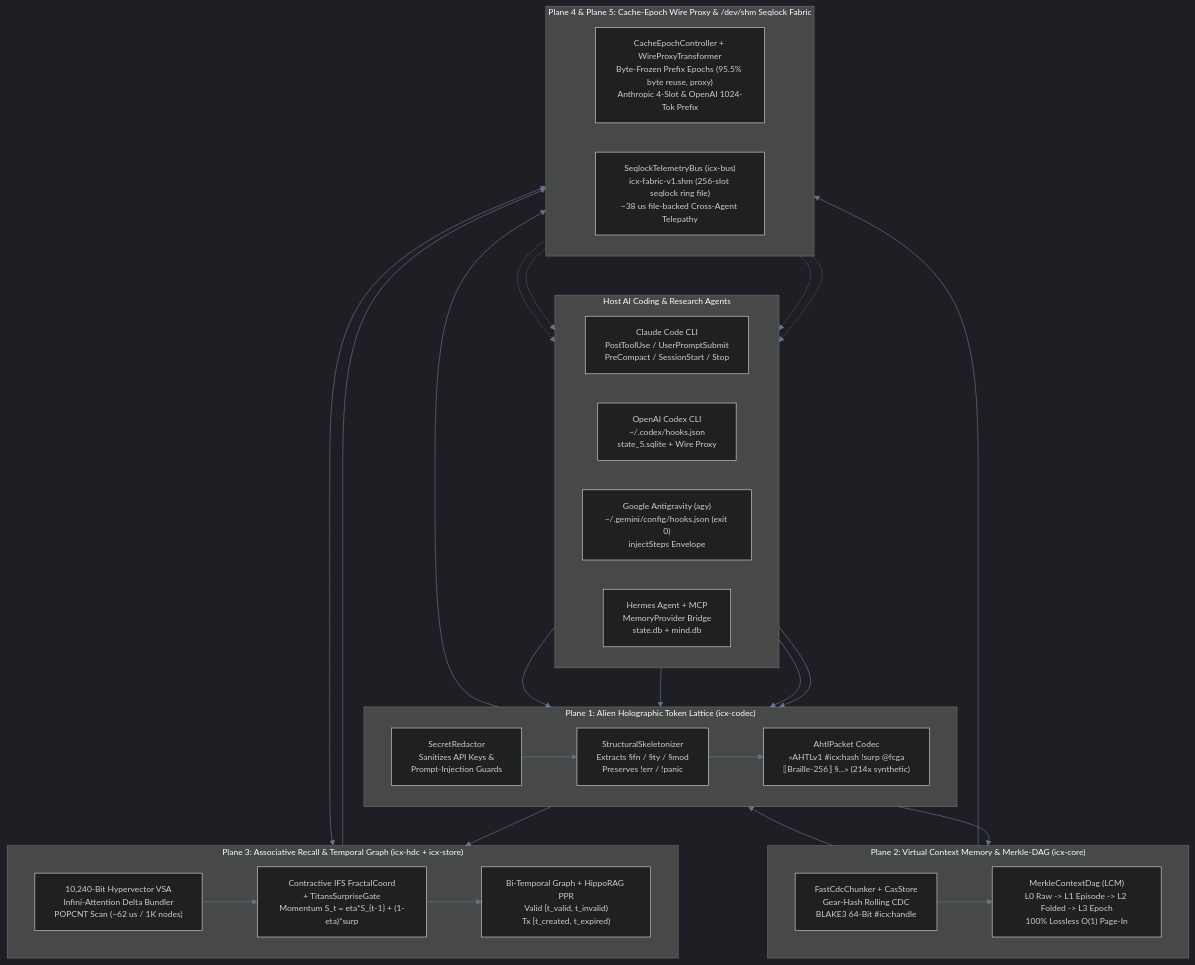
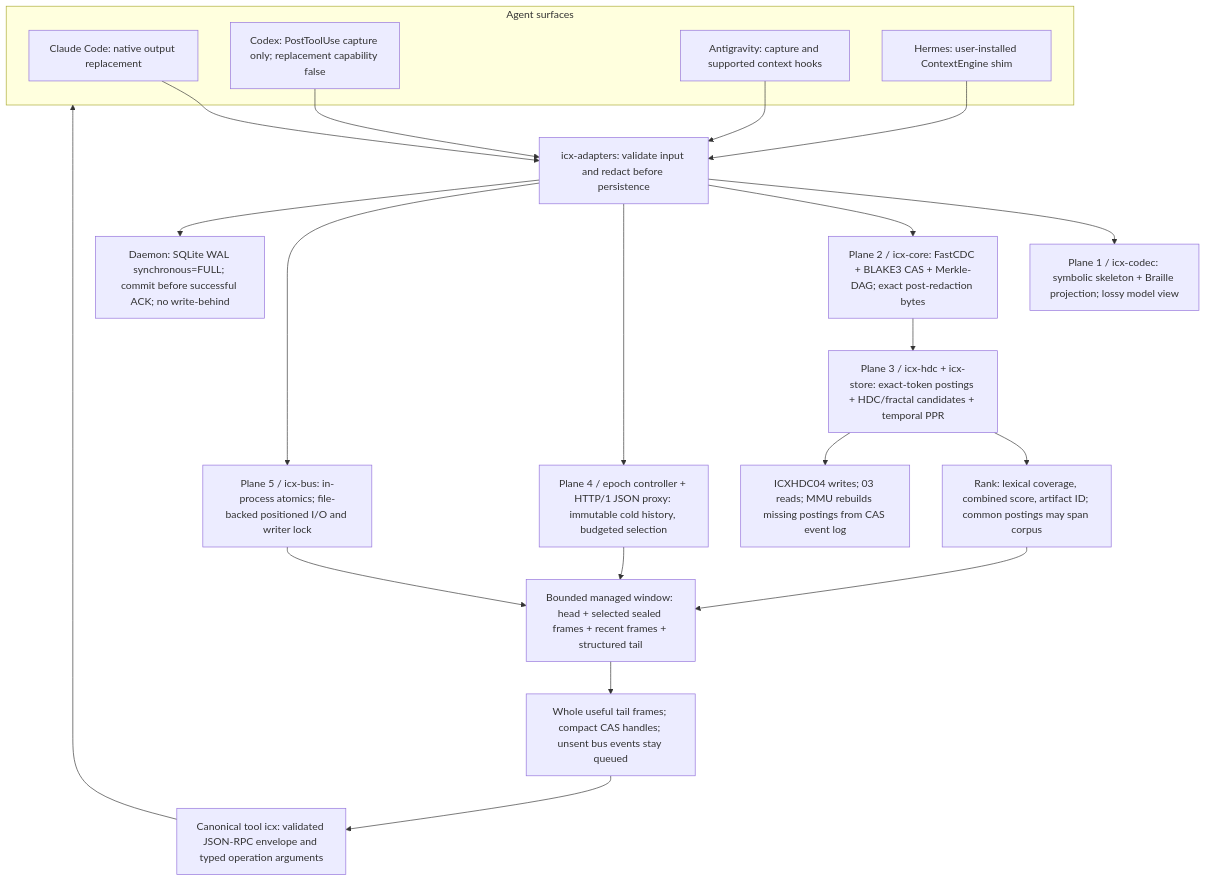
Before and after one commit to doublegate/Infinity-Context: the diagram in docs/diagrams/five-plane-architecture.mmd, drawn with Mermaid. The commit also changed 594 other files, not shown here.

First line of the commit message:
feat: v1.2.0 — remediation of the Codex audit of v1.1.0 (ICX-CODEX-001..102) (#22)

```diff
--- a/docs/diagrams/five-plane-architecture.mmd
+++ b/docs/diagrams/five-plane-architecture.mmd
@@ -1,58 +1,23 @@
-%%{init: {
-  "theme": "dark",
-  "themeVariables": {
-    "fontFamily": "JetBrains Mono, ui-monospace, SFMono-Regular, Menlo, Consolas, monospace",
-    "fontSize": "13px",
-    "primaryColor": "#0f172a",
-    "primaryTextColor": "#f8fafc",
-    "primaryBorderColor": "#38bdf8",
-    "lineColor": "#64748b",
-    "secondaryColor": "#1e1b4b",
-    "tertiaryColor": "#064e3b"
-  },
-  "flowchart": { "curve": "basis", "nodeSpacing": 45, "rankSpacing": 60 }
-}}%%
-
+%% Infinity-Context v1.2.0 candidate; measurements: docs/numbers.md
 flowchart TB
-  subgraph AGENTS["Host AI Coding & Research Agents"]
-    direction LR
-    CC["Claude Code CLI<br/>PostToolUse / UserPromptSubmit<br/>PreCompact / SessionStart / Stop"]
-    CX["OpenAI Codex CLI<br/>~/.codex/hooks.json<br/>state_5.sqlite + Wire Proxy"]
-    AG["Google Antigravity (agy)<br/>~/.gemini/config/hooks.json (exit 0)<br/>injectSteps Envelope"]
-    HM["Hermes Agent + MCP<br/>MemoryProvider Bridge<br/>state.db + mind.db"]
+  subgraph AGENTS["Agent surfaces"]
+    CC["Claude Code: native output replacement"]
+    CX["Codex: PostToolUse capture only; replacement capability false"]
+    AG["Antigravity: capture and supported context hooks"]
+    HM["Hermes: user-installed ContextEngine shim"]
   end
-
-  subgraph P1["Plane 1: Alien Holographic Token Lattice (icx-codec)"]
-    direction LR
-    RED["SecretRedactor<br/>Sanitizes API Keys &amp;<br/>Prompt-Injection Guards"]
-    SKEL["StructuralSkeletonizer<br/>Extracts §fn / §ty / §mod<br/>Preserves !err / !panic"]
-    AHTL["AhtlPacket Codec<br/>«AHTLv1 #icx:hash !surp @fcga<br/>⟦Braille-256⟧ §...» (214x synthetic)"]
-  end
-
-  subgraph P2["Plane 2: Virtual Context Memory & Merkle-DAG (icx-core)"]
-    direction LR
-    CDC["FastCdcChunker + CasStore<br/>Gear-Hash Rolling CDC<br/>BLAKE3 64-Bit #icx:handle"]
-    DAG["MerkleContextDag (LCM)<br/>L0 Raw -> L1 Episode -> L2 Folded -> L3 Epoch<br/>100% Lossless O(1) Page-In"]
-  end
-
-  subgraph P3["Plane 3: Associative Recall & Temporal Graph (icx-hdc + icx-store)"]
-    direction LR
-    HDC["10,240-Bit Hypervector VSA<br/>Infini-Attention Delta Bundler<br/>POPCNT Scan (~62 us / 1K nodes)"]
-    FCGA["Contractive IFS FractalCoord<br/>+ TitansSurpriseGate<br/>Momentum S_t = eta*S_{t-1} + (1-eta)*surp"]
-    PPR["Bi-Temporal Graph + HippoRAG PPR<br/>Valid [t_valid, t_invalid)<br/>Tx [t_created, t_expired)"]
-  end
-
-  subgraph P45["Plane 4 & Plane 5: Cache-Epoch Wire Proxy & /dev/shm Seqlock Fabric"]
-    direction LR
-    EPOCH["CacheEpochController + WireProxyTransformer<br/>Byte-Frozen Prefix Epochs (95.5% byte reuse, proxy)<br/>Anthropic 4-Slot &amp; OpenAI 1024-Tok Prefix"]
-    SHM["SeqlockTelemetryBus (icx-bus)<br/>icx-fabric-v1.shm (256-slot seqlock ring file)<br/>~38 us file-backed Cross-Agent Telepathy"]
-  end
-
-  CC & CX & AG & HM --> RED
-  RED --> SKEL --> AHTL
-  RED --> CDC --> DAG
-  DAG --> AHTL
-  AHTL --> HDC --> FCGA --> PPR
-  AHTL & PPR & DAG --> EPOCH
-  HDC <--> SHM
-  SHM -.-> CC & CX & AG & HM
+  CC & CX & AG & HM --> MMU["icx-adapters: validate input and redact before persistence"]
+  MMU --> CODEC["Plane 1 / icx-codec: symbolic skeleton + Braille projection; lossy model view"]
+  MMU --> CAS["Plane 2 / icx-core: FastCDC + BLAKE3 CAS + Merkle-DAG; exact post-redaction bytes"]
+  CAS --> INDEX["Plane 3 / icx-hdc + icx-store: exact-token postings + HDC/fractal candidates + temporal PPR"]
+  INDEX --> RANK["Rank: lexical coverage, combined score, artifact ID; common postings may span corpus"]
+  INDEX --> SNAP["ICXHDC04 writes; 03 reads; MMU rebuilds missing postings from CAS event log"]
+  MMU --> EPOCH["Plane 4 / epoch controller + HTTP/1 JSON proxy: immutable cold history, budgeted selection"]
+  RANK --> WINDOW["Bounded managed window: head + selected sealed frames + recent frames + structured tail"]
+  EPOCH --> WINDOW
+  MMU --> BUS["Plane 5 / icx-bus: in-process atomics; file-backed positioned I/O and writer lock"]
+  BUS --> WINDOW
+  WINDOW --> TAIL["Whole useful tail frames; compact CAS handles; unsent bus events stay queued"]
+  MMU --> STORE["Daemon: SQLite WAL synchronous=FULL; commit before successful ACK; no write-behind"]
+  TAIL --> MCP["Canonical tool icx: validated JSON-RPC envelope and typed operation arguments"]
+  MCP --> AGENTS
```
